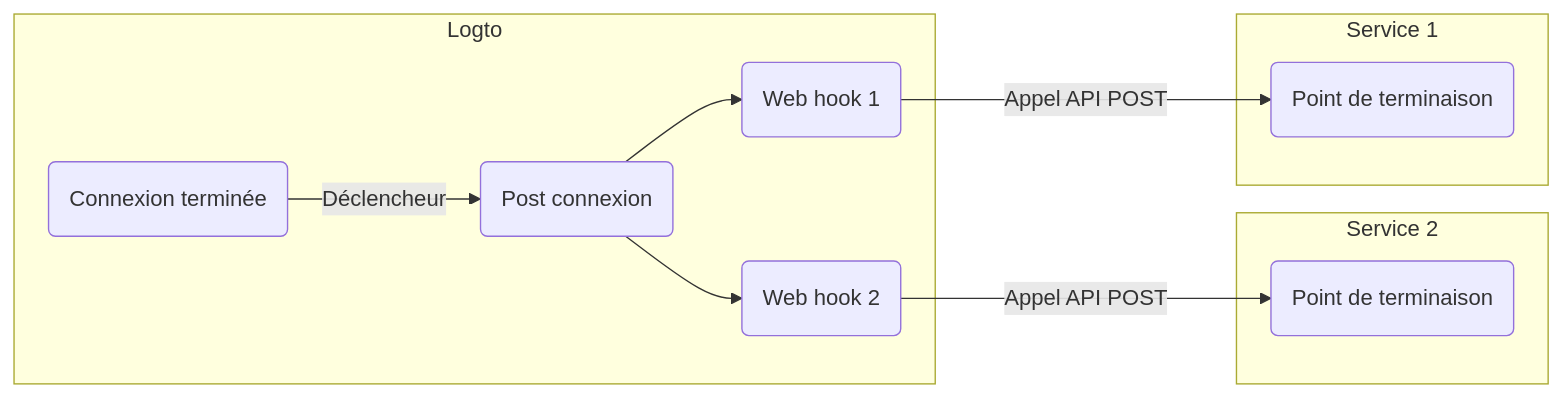
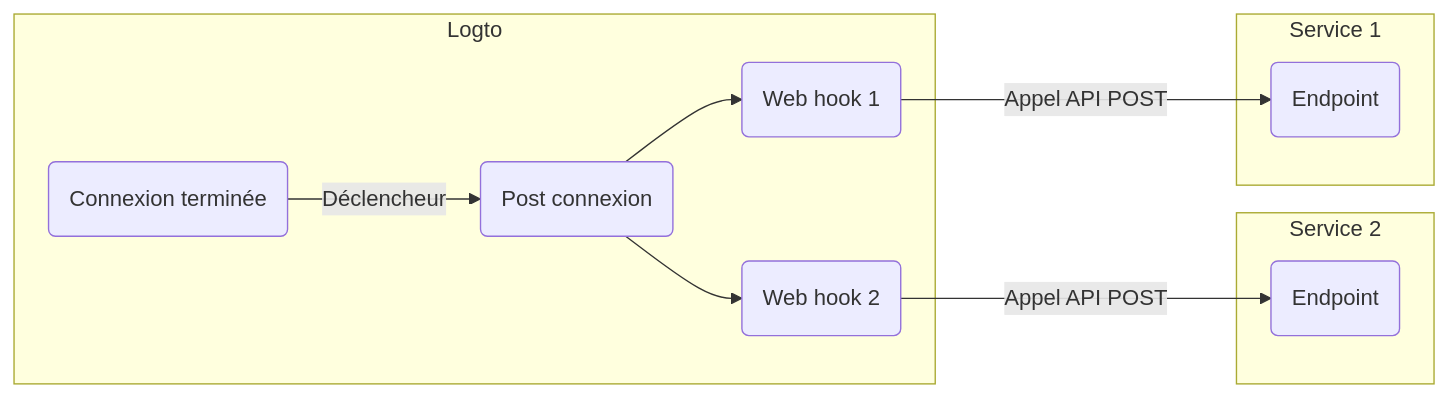
Before and after one commit to logto-io/docs: the diagram in i18n/fr/docusaurus-plugin-content-docs/current/developers/webhooks/README.mdx, drawn with Mermaid. The commit also changed other lines of this file and 161 other files, not shown here.

````diff
--- a/i18n/fr/docusaurus-plugin-content-docs/current/developers/webhooks/README.mdx
+++ b/i18n/fr/docusaurus-plugin-content-docs/current/developers/webhooks/README.mdx
@@ -36,24 +38,24 @@
 ```mermaid
 graph LR
   subgraph Logto
     SF(Connexion terminée)
     PS(Post connexion)
     WH2(Web hook 2)
     WH1(Web hook 1)
   end
 
   subgraph Service 2
-    E2(Point de terminaison)
+    E2(Endpoint)
   end
 
   subgraph Service 1
-    E1(Point de terminaison)
+    E1(Endpoint)
   end
 
   SF -->|Déclencheur| PS
   PS --> WH1
   PS --> WH2
   WH1 --->|Appel API POST| E1
   WH2 --->|Appel API POST| E2
 
 ```
````
